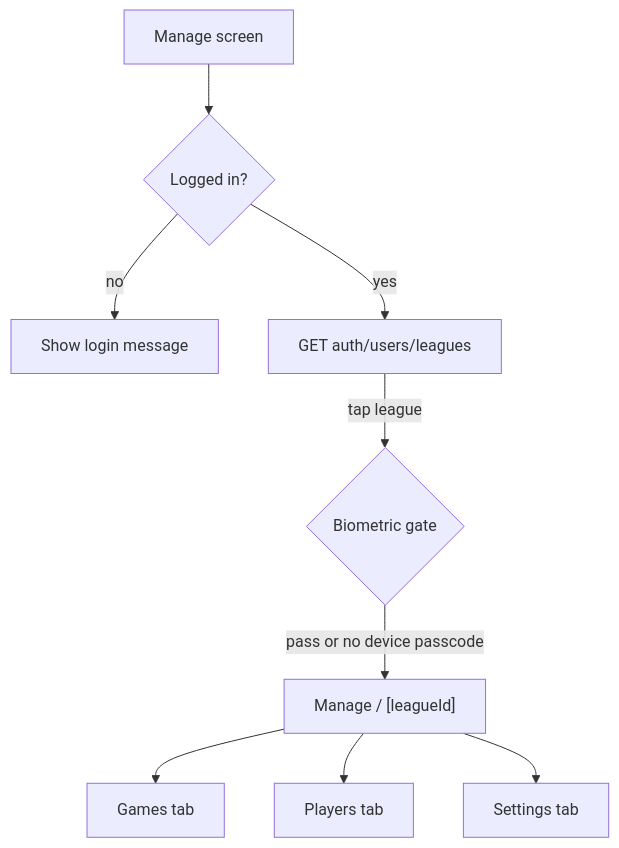
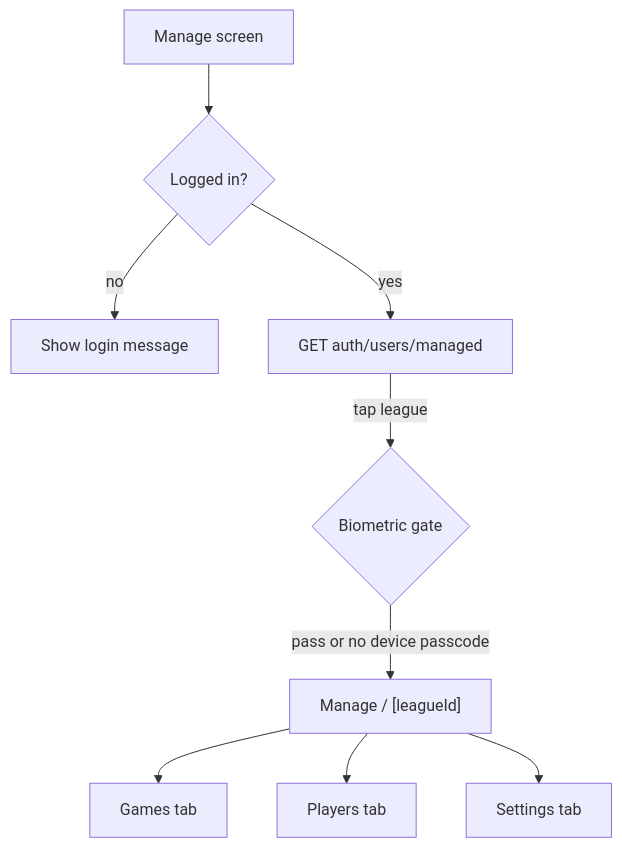
The diagram in documentations/MANAGE_LEAGUE.md (starksinclair/sportykore-app), drawn with Mermaid before and after one commit. The commit also changed other lines of this file and 50 other files, not shown here.

````diff
--- a/documentations/MANAGE_LEAGUE.md
+++ b/documentations/MANAGE_LEAGUE.md
@@ -27,21 +27,21 @@
 ```mermaid
 flowchart TD
   ManageList[Manage screen]
   LoginGate{Logged in?}
   LoginPrompt[Show login message]
-  LeagueList[GET auth/users/leagues]
+  LeagueList[GET auth/users/managed]
   BioGate{Biometric gate}
   ManageDetail["Manage / [leagueId]"]
   GamesTab[Games tab]
   PlayersTab[Players tab]
   SettingsTab[Settings tab]
 
   ManageList --> LoginGate
   LoginGate -->|no| LoginPrompt
   LoginGate -->|yes| LeagueList
   LeagueList -->|tap league| BioGate
   BioGate -->|pass or no device passcode| ManageDetail
   ManageDetail --> GamesTab
   ManageDetail --> PlayersTab
   ManageDetail --> SettingsTab
 ```
````
